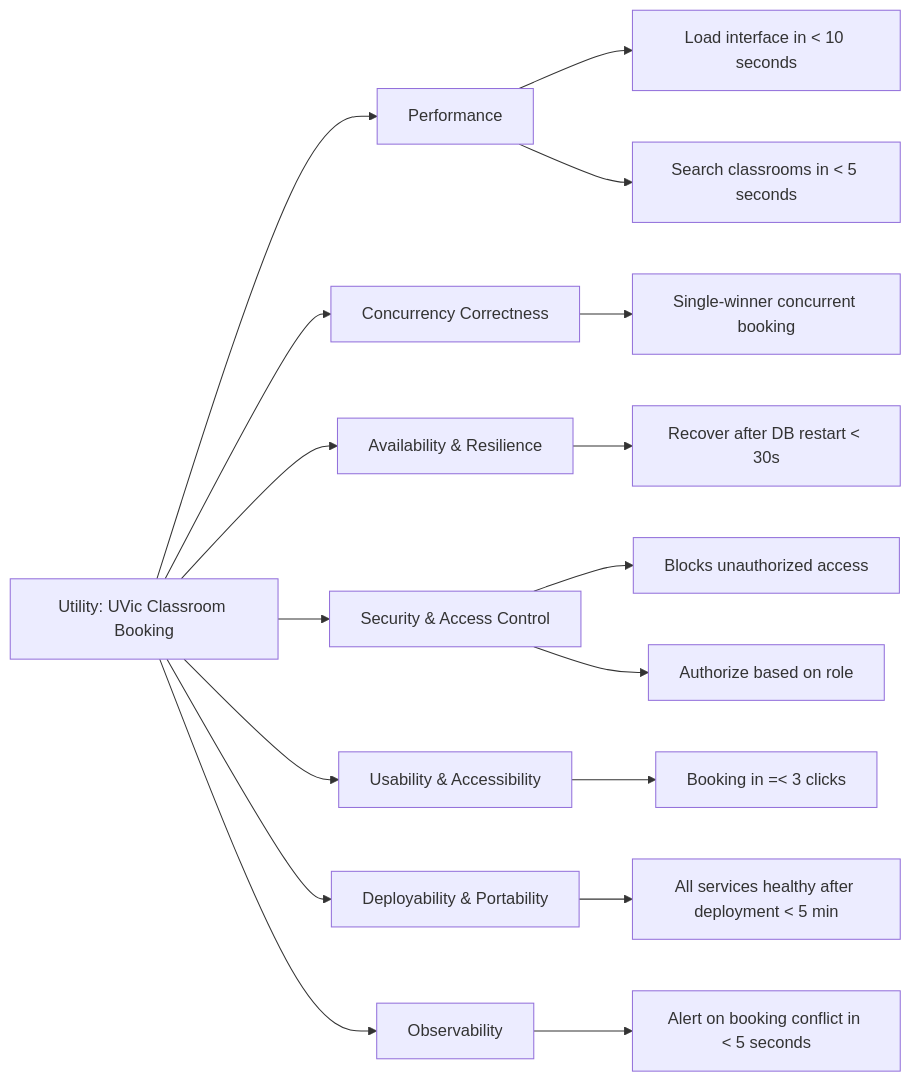
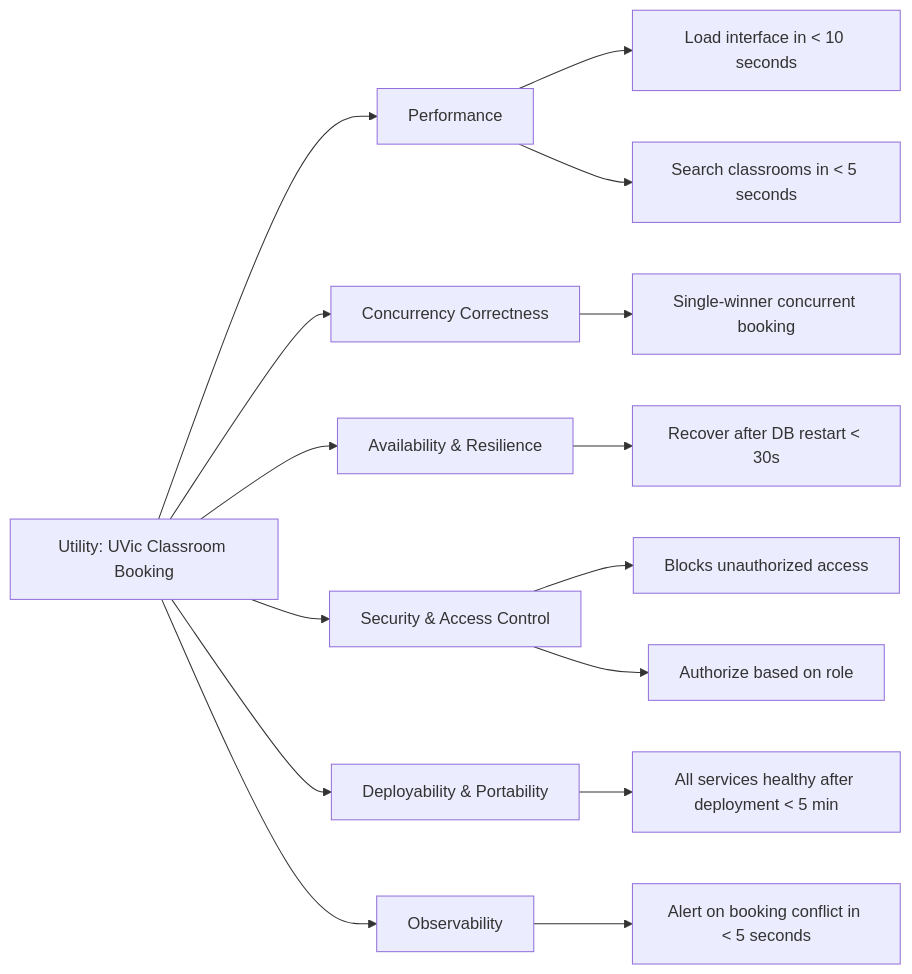
The diagram in docs/prd/Products-Requirements-Document.md (eric-handley/seng-350), drawn with Mermaid before and after one commit.

Commit message:
Arda took out click req for QA req

````diff
--- a/docs/prd/Products-Requirements-Document.md
+++ b/docs/prd/Products-Requirements-Document.md
@@ -51,20 +51,18 @@
 ```mermaid
 graph LR;
   U[Utility: UVic Classroom Booking] --> P[Performance];
   U --> CC[Concurrency Correctness];
   U --> AV[Availability & Resilience];
   U --> SEC[Security & Access Control];
-  U --> UX[Usability & Accessibility];
   U --> DEP[Deployability & Portability];
   U --> OBS[Observability];
 
   P --> P1[Load interface in < 10 seconds];
   P --> P2[Search classrooms in < 5 seconds];
   CC --> CC1[Single-winner concurrent booking];
   AV --> AV1[Recover after DB restart < 30s];
   SEC --> SEC1[Blocks unauthorized access];
   SEC --> SEC2[Authorize based on role];
-  UX --> UX1[Booking in =< 3 clicks];
   DEP --> DEP1[All services healthy after deployment < 5 min];
   OBS --> OBS1[Alert on booking conflict in < 5 seconds];
 ```
````
